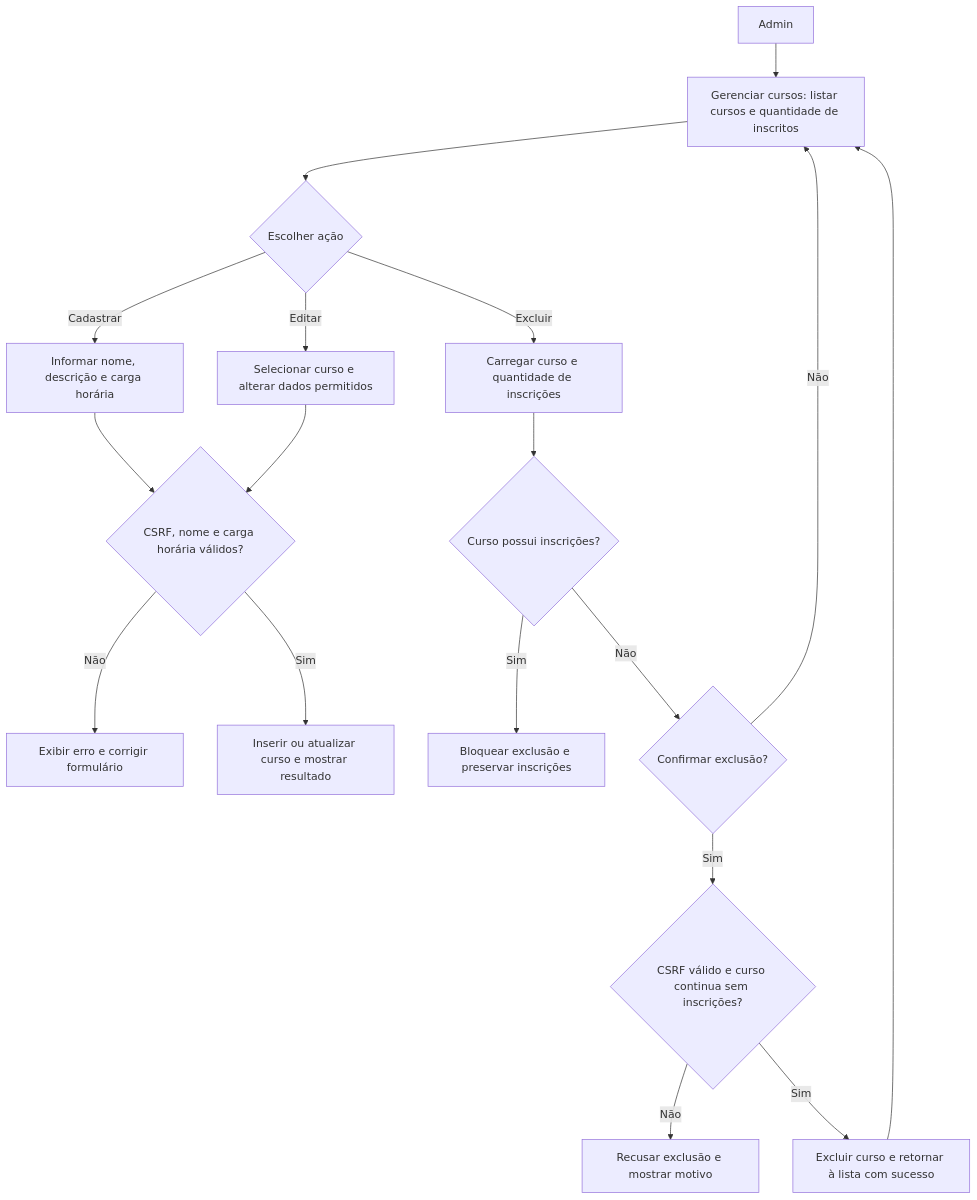
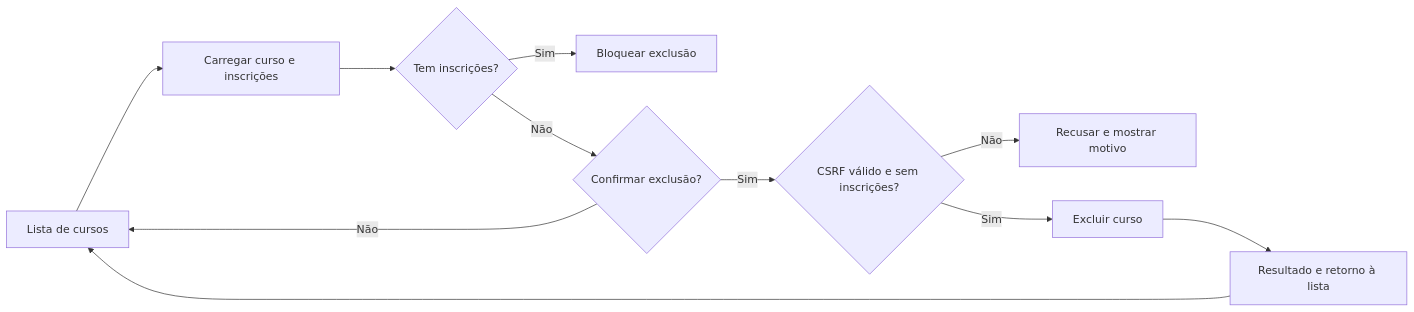
Diagram 15 of 21 in diagrama.md (Matheus-Talasso-Gil/Impulsos-Cursos), drawn with Mermaid before and after one commit. The commit also changed other lines of this file and 1 other file, not shown here.

Commit message:
Atualizando o diagrama e criando o product backlog

````diff
--- a/diagrama.md
+++ b/diagrama.md
@@ -312,20 +367,13 @@
 ```mermaid
-flowchart TD
-    Admin["Admin"] --> Lista["Gerenciar cursos: listar cursos e quantidade de inscritos"]
-    Lista --> Acao{"Escolher ação"}
-    Acao -->|Cadastrar| Novo["Informar nome, descrição e carga horária"]
-    Acao -->|Editar| Editar["Selecionar curso e alterar dados permitidos"]
-    Novo --> Validar{"CSRF, nome e carga horária válidos?"}
-    Editar --> Validar
-    Validar -->|Não| ErroDados["Exibir erro e corrigir formulário"]
-    Validar -->|Sim| Gravar["Inserir ou atualizar curso e mostrar resultado"]
-    Acao -->|Excluir| Curso["Carregar curso e quantidade de inscrições"]
-    Curso --> Inscricoes{"Curso possui inscrições?"}
-    Inscricoes -->|Sim| Bloquear["Bloquear exclusão e preservar inscrições"]
+graph LR
+    Lista["Lista de cursos"] --> Curso["Carregar curso e inscrições"]
+    Curso --> Inscricoes{"Tem inscrições?"}
+    Inscricoes -->|Sim| Bloquear["Bloquear exclusão"]
     Inscricoes -->|Não| Confirmar{"Confirmar exclusão?"}
     Confirmar -->|Não| Lista
-    Confirmar -->|Sim| Revalidar{"CSRF válido e curso continua sem inscrições?"}
-    Revalidar -->|Não| ErroExclusao["Recusar exclusão e mostrar motivo"]
-    Revalidar -->|Sim| Excluir["Excluir curso e retornar à lista com sucesso"]
-    Excluir --> Lista
+    Confirmar -->|Sim| Validar{"CSRF válido e sem inscrições?"}
+    Validar -->|Não| Erro["Recusar e mostrar motivo"]
+    Validar -->|Sim| Banco["Excluir curso"]
+    Banco --> Resultado["Resultado e retorno à lista"]
+    Resultado --> Lista
 ```
````
